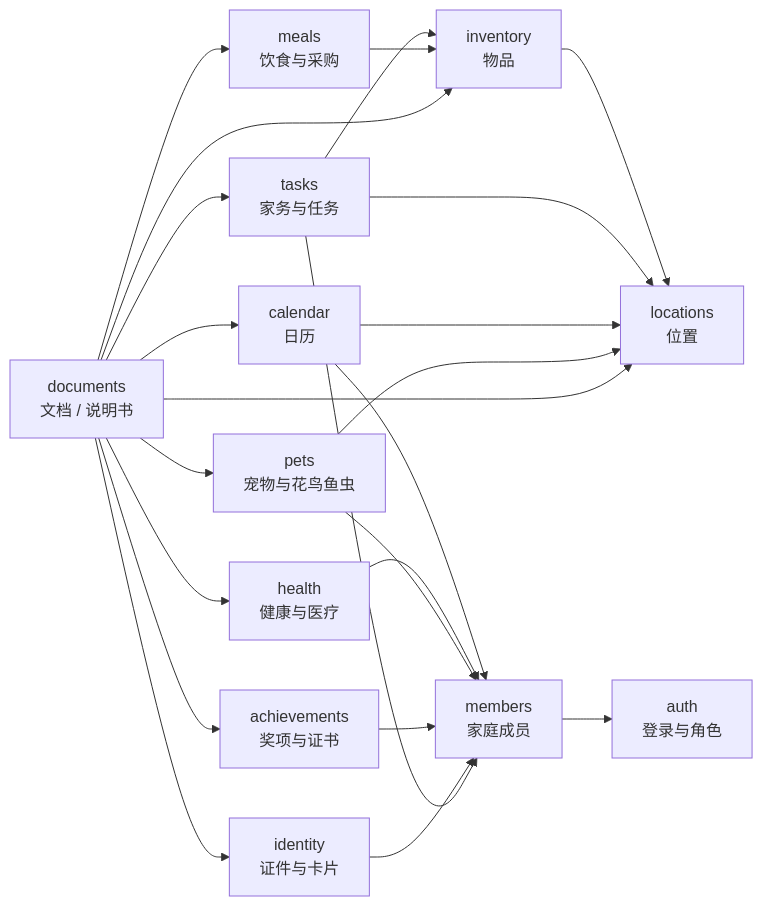
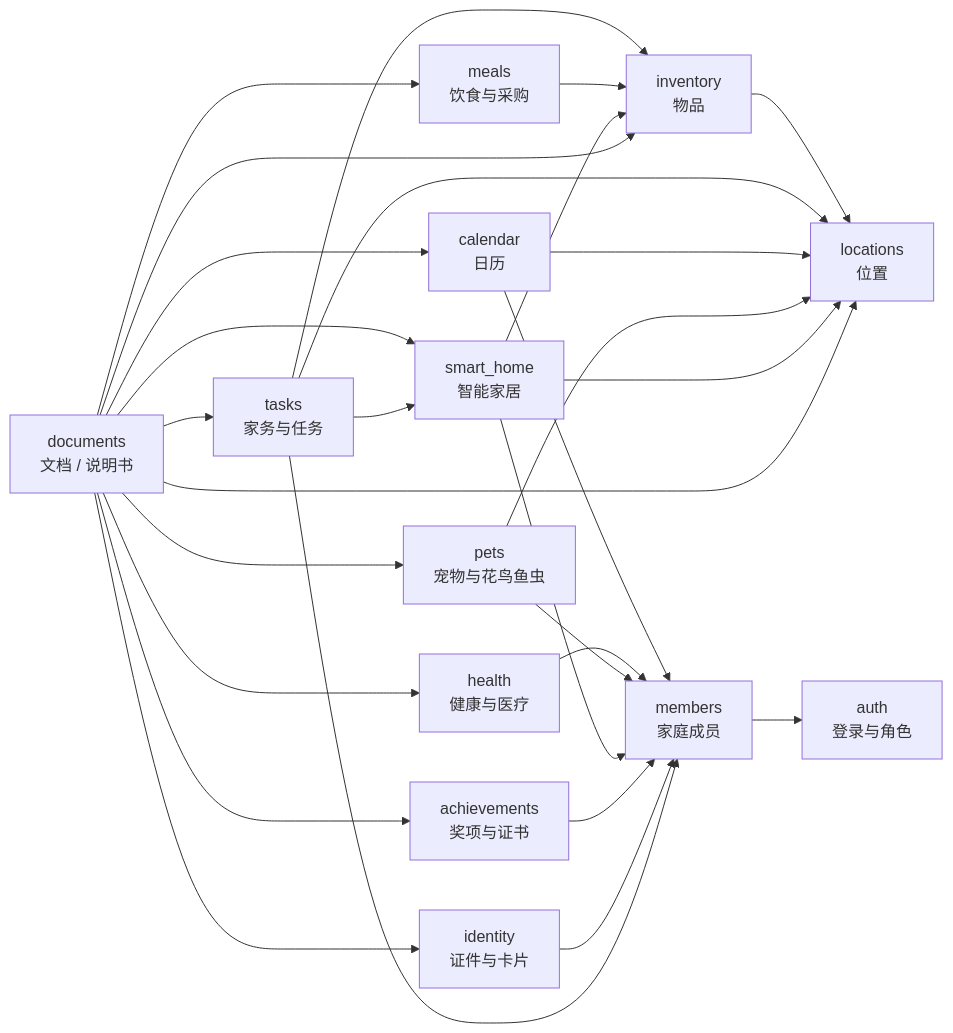
The diagram in docs/08-domain.md (Geno1024-AIGC/home-erp-modern), drawn with Mermaid before and after one commit. The commit also changed other lines of this file and 9 other files, not shown here.

Commit message:
[Add] docs: Add smart home module and driver SPI.

````diff
--- a/docs/08-domain.md
+++ b/docs/08-domain.md
@@ -31,30 +32,37 @@
 ```mermaid
 flowchart LR
     Members["members<br/>家庭成员"] --> Auth["auth<br/>登录与角色"]
     Inventory["inventory<br/>物品"] --> Locations["locations<br/>位置"]
     Tasks["tasks<br/>家务与任务"] --> Locations
     Tasks --> Inventory
     Calendar["calendar<br/>日历"]
     Calendar --> Members
     Calendar --> Locations
     Meals["meals<br/>饮食与采购"] --> Inventory
     Health["health<br/>健康与医疗"]
     Health --> Members
     Pets["pets<br/>宠物与花鸟鱼虫"]
     Pets --> Members
     Pets --> Locations
-    Documents["documents<br/>文档 / 说明书"] --> Inventory
+    Documents["documents<br/>文档 / 说明书"]
+    SmartHome["smart_home<br/>智能家居"]
+    SmartHome --> Locations
+    SmartHome --> Members
+    SmartHome --> Inventory
+    Documents --> SmartHome
+    Tasks --> SmartHome
+    Documents --> Inventory
     Documents --> Calendar
     Documents --> Meals
     Documents --> Health
     Documents --> Pets
     Documents --> Locations
     Documents --> Tasks
     Achievements["achievements<br/>奖项与证书"]
     Documents --> Achievements
     Achievements --> Members
     Identity["identity<br/>证件与卡片"]
     Documents --> Identity
     Identity --> Members
     Tasks --> Members
 ```
````
